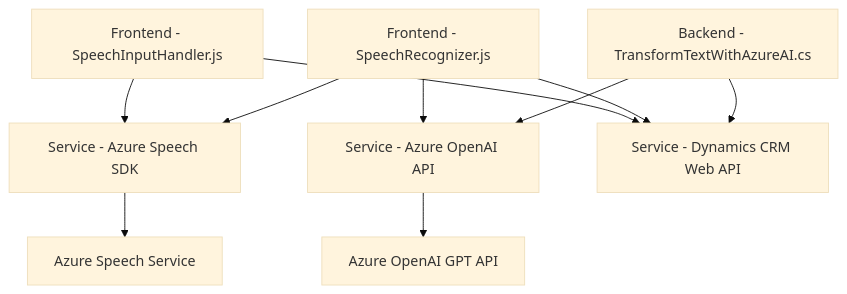
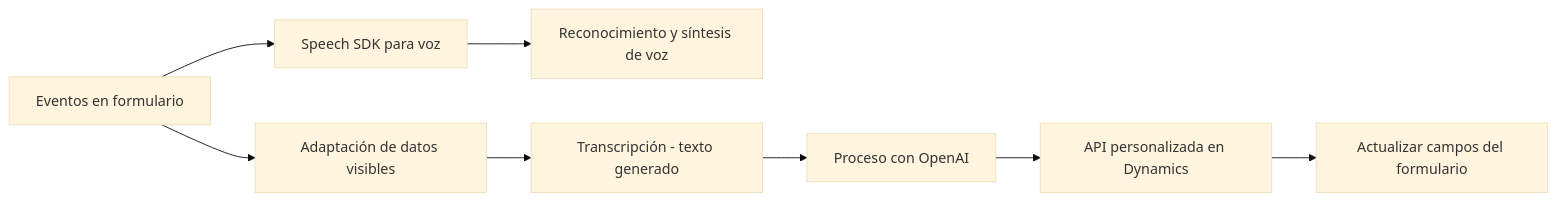
Before and after one commit to blopezdm/NETCORE_BILBAO2025: the diagram in README.md, drawn with Mermaid (base theme). The commit also changed other lines of this file, not shown here.

Commit message:
Actualizar análisis global de la solución con IA

````diff
--- a/README.md
+++ b/README.md
@@ -43,22 +56,10 @@
 ```mermaid
-graph TD
-    A["Frontend - SpeechInputHandler.js"]
-    B["Frontend - SpeechRecognizer.js"]
-    C["Backend - TransformTextWithAzureAI.cs"]
-    D["Service - Azure Speech SDK"]
-    E["Service - Azure OpenAI API"]
-    F["Service - Dynamics CRM Web API"]
-    
-    A --> D
-    A --> F
-    
-    B --> D
-    B --> E
-    B --> F
-
-    C --> E
-    C --> F
-
-    D --> AzureSpeech["Azure Speech Service"]
-    E --> AzureAI["Azure OpenAI GPT API"]
+graph LR
+    A["Eventos en formulario"] --> B["Speech SDK para voz"]
+    A --> C["Adaptación de datos visibles"]
+    B --> D["Reconocimiento y síntesis de voz"]
+    C --> E["Transcripción - texto generado"]
+    E --> F["Proceso con OpenAI"]
+    F --> G["API personalizada en Dynamics"]
+    G --> H["Actualizar campos del formulario"]
 ```
````
